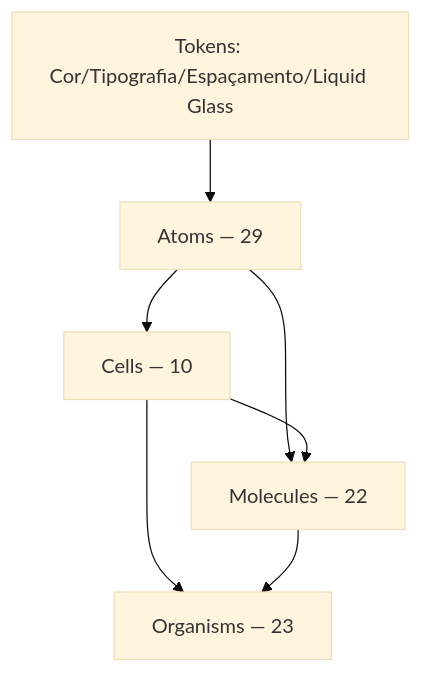
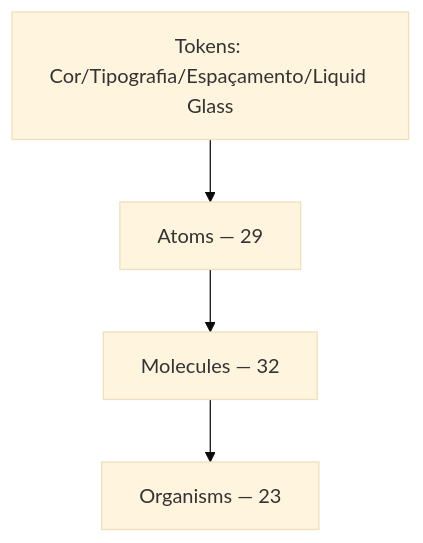
The diagram in docs/vault/Design System/Camadas Atômicas.md (nandoantonio-git/kandrive-design-system), drawn with Mermaid (base theme) before and after one commit. The commit also changed other lines of this file and 39 other files, not shown here.

First line of the commit message:
refactor: extingue a camada "cells", move os 10 componentes pra molecules

````diff
--- a/docs/vault/Design System/Camadas Atômicas.md
+++ b/docs/vault/Design System/Camadas Atômicas.md
@@ -9,9 +9,6 @@
 ```mermaid
 graph TD
     Tokens[Tokens: Cor/Tipografia/Espaçamento/Liquid Glass] --> Atoms
-    Atoms[Atoms — 29] --> Cells[Cells — 10]
-    Atoms --> Molecules[Molecules — 22]
-    Cells --> Molecules
-    Cells --> Organisms[Organisms — 23]
-    Molecules --> Organisms
+    Atoms[Atoms — 29] --> Molecules[Molecules — 32]
+    Molecules --> Organisms[Organisms — 23]
 ```
````
